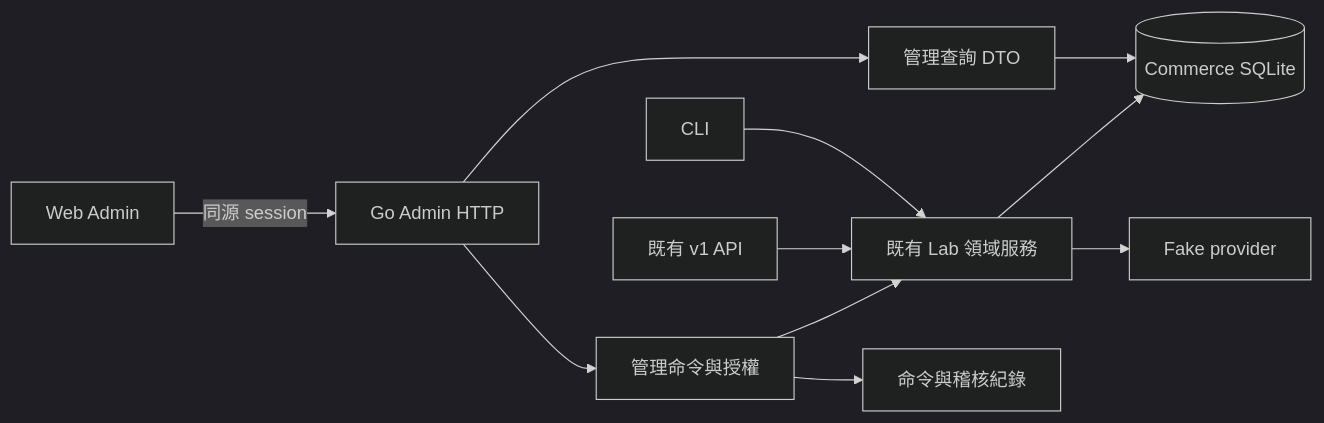
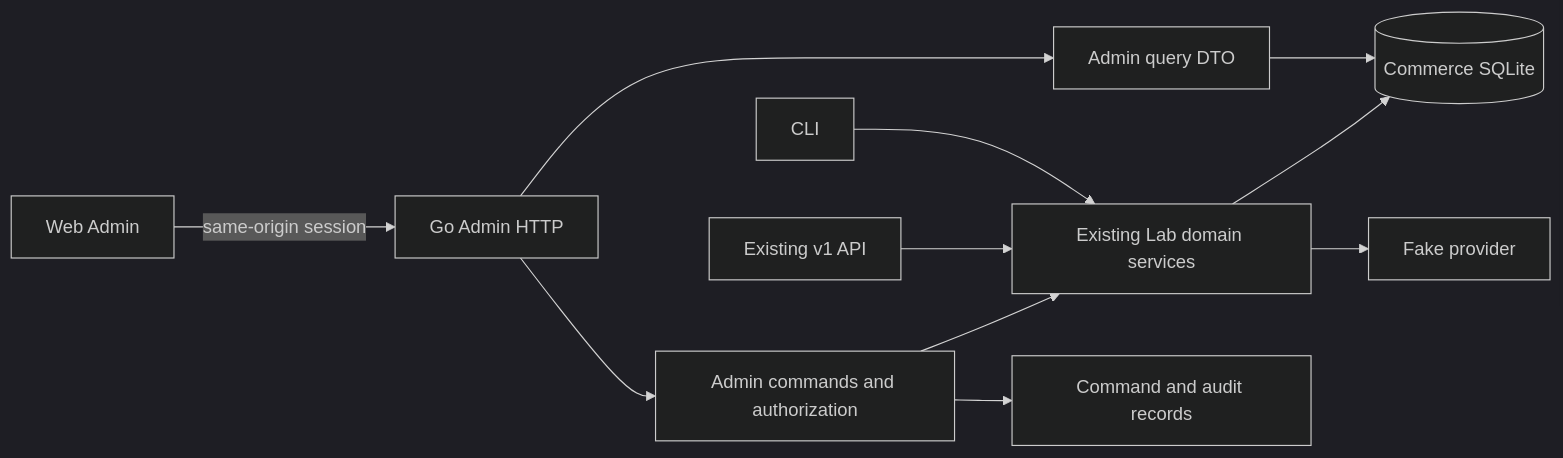
Before and after one commit to herefindalex/billforge: the diagram in docs/design/05-web-admin.md, drawn with Mermaid (dark theme). The commit also changed other lines of this file and 86 other files, not shown here.

````diff
--- a/docs/design/05-web-admin.md
+++ b/docs/design/05-web-admin.md
@@ -112,13 +115,13 @@
 ```mermaid
 flowchart LR
-    U[Web Admin] -->|同源 session| H[Go Admin HTTP]
-    H --> Q[管理查詢 DTO]
-    H --> C[管理命令與授權]
-    C --> L[既有 Lab 領域服務]
+    U[Web Admin] -->|same-origin session| H[Go Admin HTTP]
+    H --> Q[Admin query DTO]
+    H --> C[Admin commands and authorization]
+    C --> L[Existing Lab domain services]
     CLI[CLI] --> L
-    V1[既有 v1 API] --> L
+    V1[Existing v1 API] --> L
     L --> DB[(Commerce SQLite)]
     L --> P[Fake provider]
     Q --> DB
-    C --> A[命令與稽核紀錄]
+    C --> A[Command and audit records]
 ```
````
